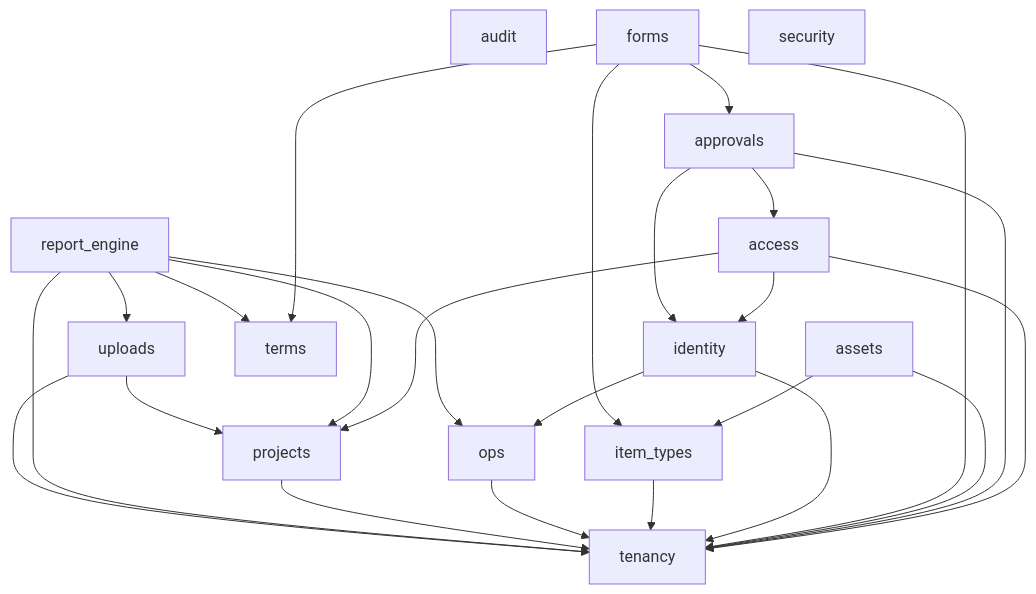
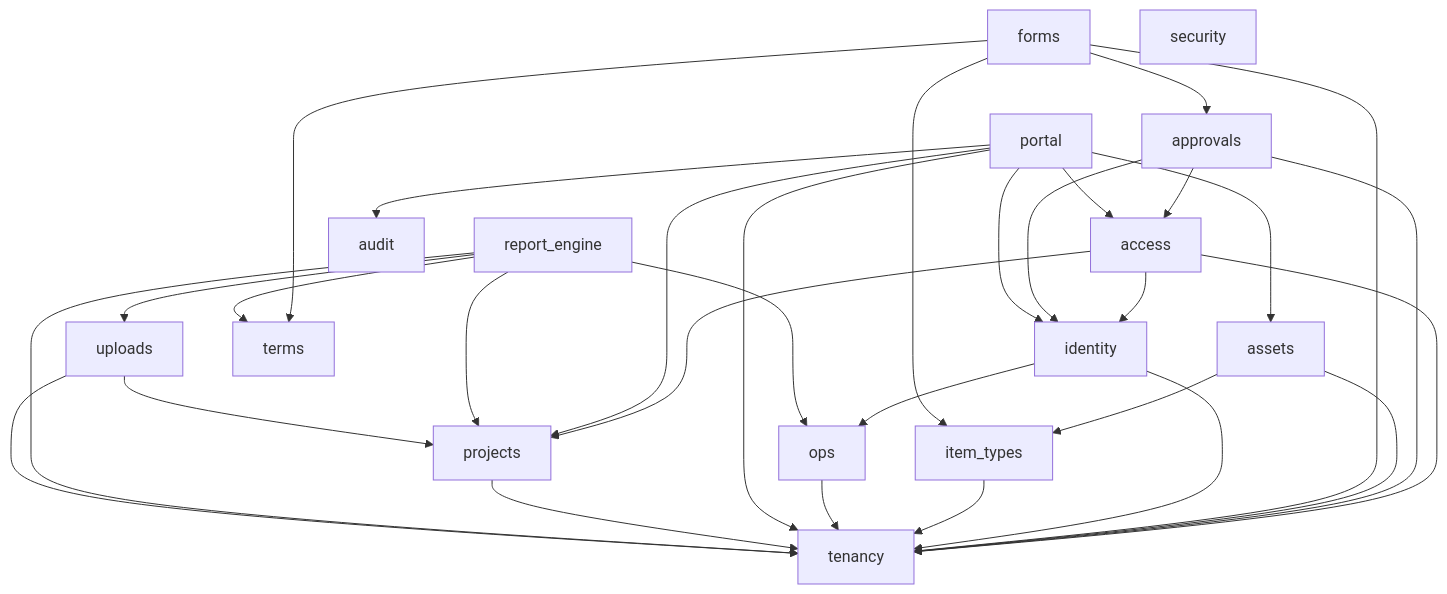
The diagram in docs/architecture/module-map.md (kingdonk-ops/Project-AIP), drawn with Mermaid before and after one commit. The commit also changed other lines of this file and 68 other files, not shown here.

````diff
--- a/docs/architecture/module-map.md
+++ b/docs/architecture/module-map.md
@@ -29,31 +30,37 @@
 ```mermaid
 graph TD
     access --> identity
     access --> projects
     access --> tenancy
     approvals --> access
     approvals --> identity
     approvals --> tenancy
     assets --> item_types
     assets --> tenancy
     audit
     forms --> approvals
     forms --> item_types
     forms --> tenancy
     forms --> terms
     identity --> ops
     identity --> tenancy
     item_types --> tenancy
     ops --> tenancy
+    portal --> access
+    portal --> assets
+    portal --> audit
+    portal --> identity
+    portal --> projects
+    portal --> tenancy
     projects --> tenancy
     report_engine --> ops
     report_engine --> projects
     report_engine --> tenancy
     report_engine --> terms
     report_engine --> uploads
     security
     tenancy
     terms
     uploads --> projects
     uploads --> tenancy
 ```
````
